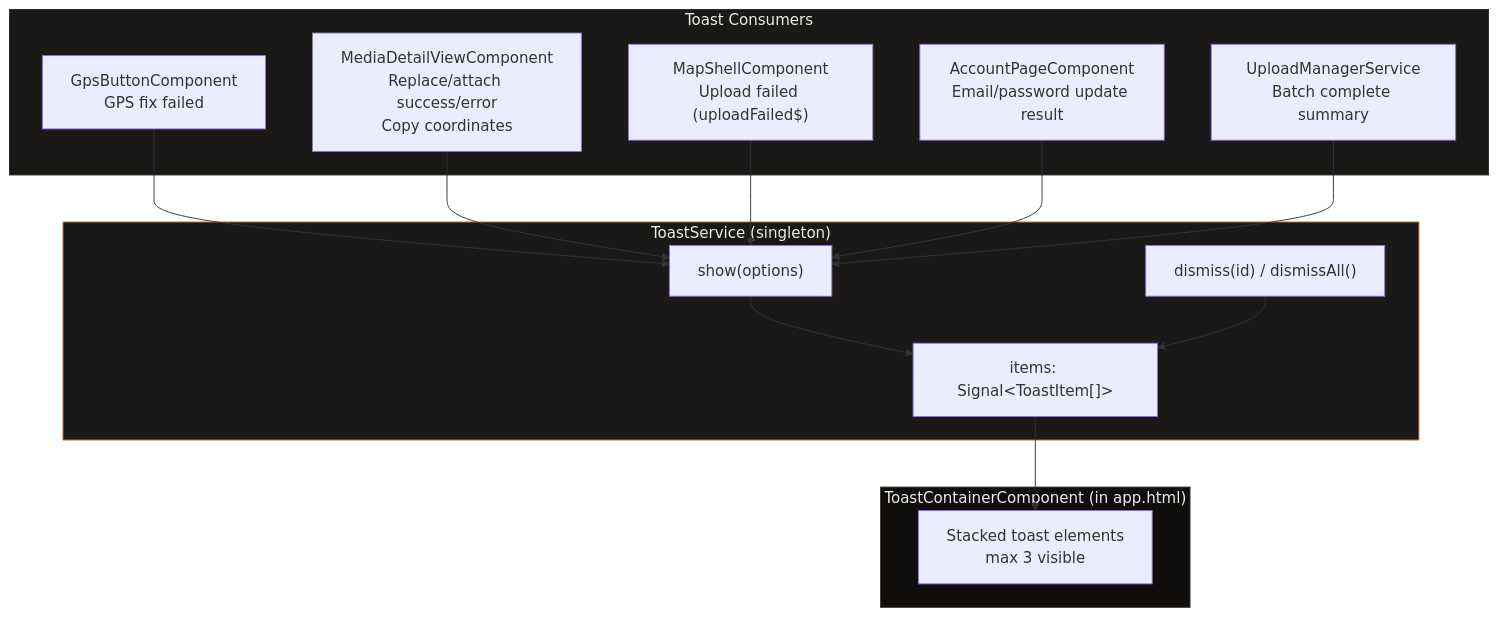
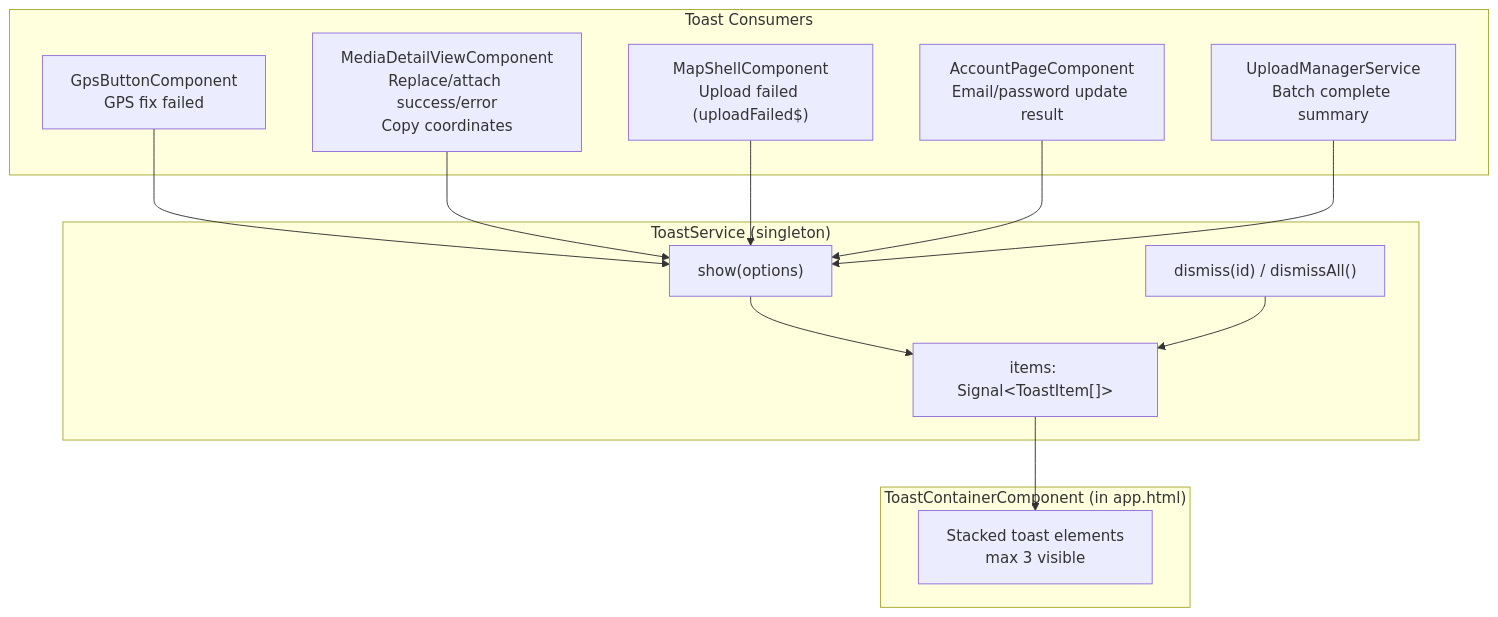
The second of 4 diagrams in docs/specs/service/toast/toast-system.md (matkleve/feldpost), drawn with Mermaid before and after one commit. The commit also changed 29 other files, not shown here.

````diff
--- a/docs/specs/service/toast/toast-system.md
+++ b/docs/specs/service/toast/toast-system.md
@@ -92,34 +92,30 @@
 ```mermaid
 graph TB
     subgraph Consumers["Toast Consumers"]
         GPS["GpsButtonComponent<br/>GPS fix failed"]
         IDV["MediaDetailViewComponent<br/>Replace/attach success/error<br/>Copy coordinates"]
         MS["MapShellComponent<br/>Upload failed (uploadFailed$)"]
         AP["AccountPageComponent<br/>Email/password update result"]
         UMS["UploadManagerService<br/>Batch complete summary"]
     end
 
     subgraph Toast["ToastService (singleton)"]
         Show["show(options)"]
         Items["items: Signal&lt;ToastItem[]&gt;"]
         Dismiss["dismiss(id) / dismissAll()"]
     end
 
     subgraph Render["ToastContainerComponent (in app.html)"]
         Stack["Stacked toast elements<br/>max 3 visible"]
     end
 
     GPS --> Show
     IDV --> Show
     MS --> Show
     AP --> Show
     UMS --> Show
 
     Show --> Items
     Items --> Stack
     Dismiss --> Items
-
-    style Toast fill:#1a1917,stroke:#CC7A4A,color:#EDEBE7
-    style Consumers fill:#1a1917,stroke:#2E2B27,color:#EDEBE7
-    style Render fill:#0F0E0C,stroke:#3D3830,color:#EDEBE7
 ```
````
